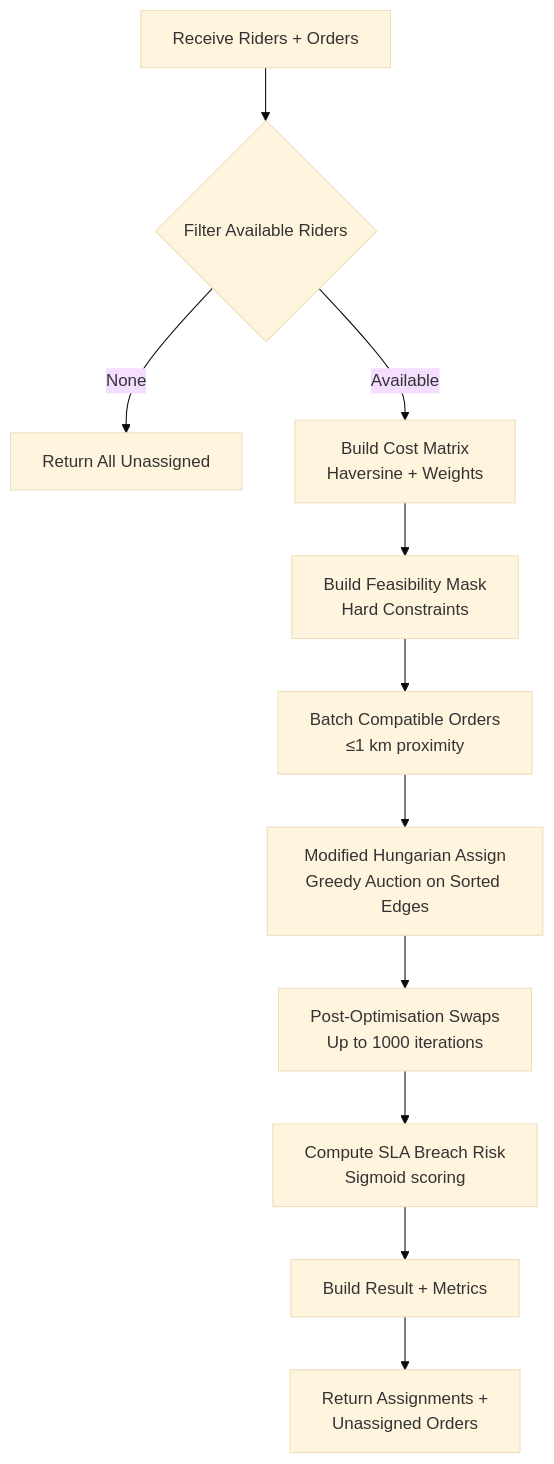
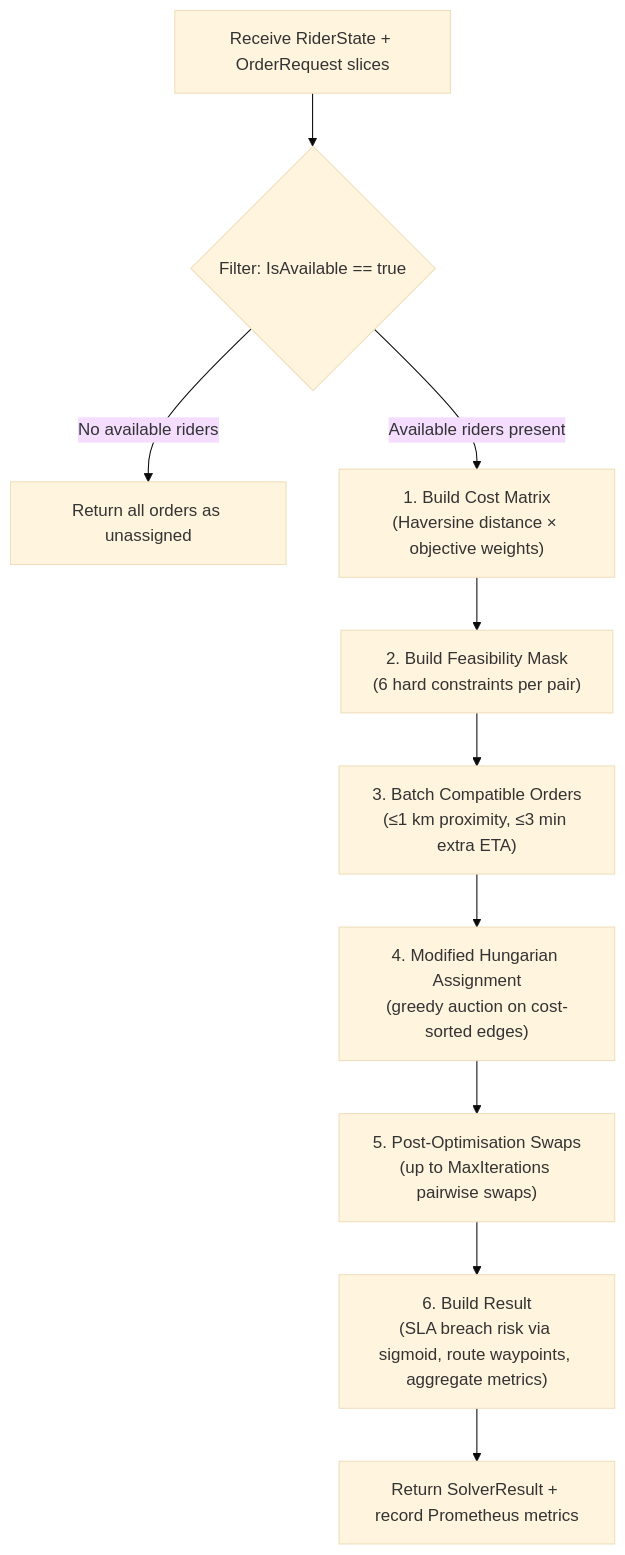
The third of 5 diagrams in services/dispatch-optimizer-service/README.md (sunitakeazycommerz-a11y/InstaCommerce), drawn with Mermaid (base theme) before and after one commit. The commit also changed other lines of this file and 554 other files, not shown here.

````diff
--- a/services/dispatch-optimizer-service/README.md
+++ b/services/dispatch-optimizer-service/README.md
@@ -25,13 +128,12 @@
 ```mermaid
 flowchart TD
-    A[Receive Riders + Orders] --> B{Filter Available Riders}
-    B -->|None| Z[Return All Unassigned]
-    B -->|Available| C[Build Cost Matrix<br/>Haversine + Weights]
-    C --> D[Build Feasibility Mask<br/>Hard Constraints]
-    D --> E[Batch Compatible Orders<br/>≤1 km proximity]
-    E --> F[Modified Hungarian Assign<br/>Greedy Auction on Sorted Edges]
-    F --> G[Post-Optimisation Swaps<br/>Up to 1000 iterations]
-    G --> H[Compute SLA Breach Risk<br/>Sigmoid scoring]
-    H --> I[Build Result + Metrics]
-    I --> J[Return Assignments +<br/>Unassigned Orders]
+    A[Receive RiderState + OrderRequest slices] --> B{Filter: IsAvailable == true}
+    B -->|No available riders| Z[Return all orders as unassigned]
+    B -->|Available riders present| C["1. Build Cost Matrix<br/>(Haversine distance × objective weights)"]
+    C --> D["2. Build Feasibility Mask<br/>(6 hard constraints per pair)"]
+    D --> E["3. Batch Compatible Orders<br/>(≤1 km proximity, ≤3 min extra ETA)"]
+    E --> F["4. Modified Hungarian Assignment<br/>(greedy auction on cost-sorted edges)"]
+    F --> G["5. Post-Optimisation Swaps<br/>(up to MaxIterations pairwise swaps)"]
+    G --> H["6. Build Result<br/>(SLA breach risk via sigmoid, route waypoints, aggregate metrics)"]
+    H --> I[Return SolverResult + record Prometheus metrics]
 ```
````
